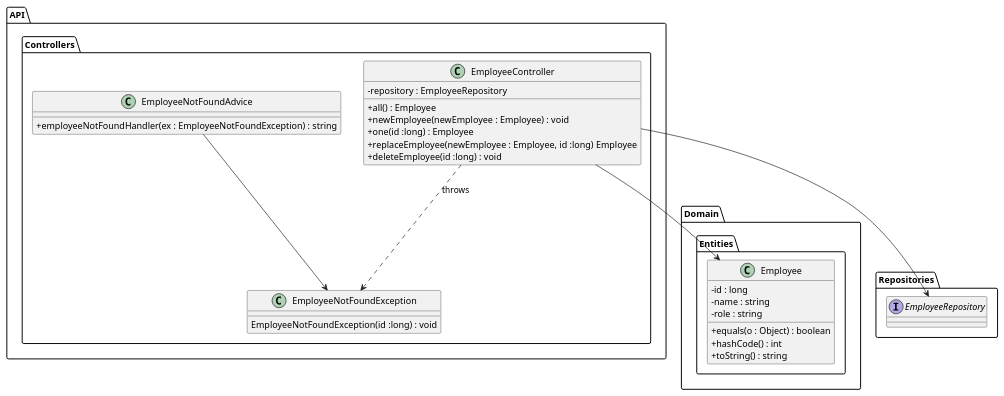
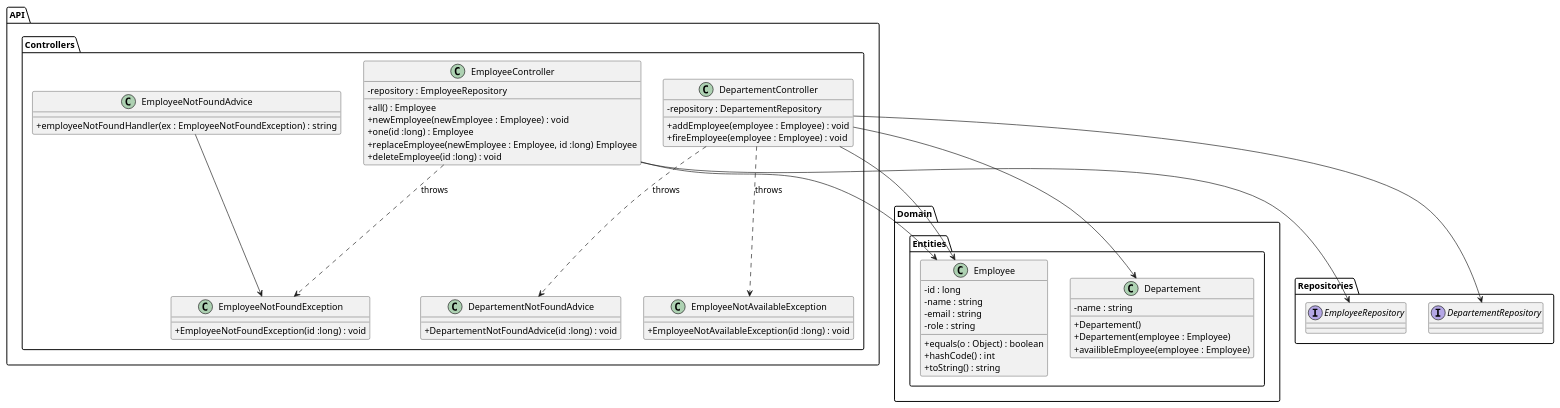
The diagram in docs/classDiagram.puml (T5uy0/Payroll-JulienSchneider), drawn with PlantUML before and after one commit. The commit also changed 1 other file, not shown here.

Commit message:
docs: add classDiagram and project vision

```diff
--- a/docs/classDiagram.puml
+++ b/docs/classDiagram.puml
@@ -1,55 +1,88 @@
 @startuml
 
 skinparam classAttributeIconSize 0
 
 'packages
 package "API"
 {
     package "Controllers"
     {
         class EmployeeController{
             - repository : EmployeeRepository 
-            {method} + all() : Employee
-            {method} + newEmployee(newEmployee : Employee) : void
-            {method} + one(id :long) : Employee
-            {method} + replaceEmployee(newEmployee : Employee, id :long) Employee
-            {method} + deleteEmployee(id :long) : void
+            + all() : Employee
+            + newEmployee(newEmployee : Employee) : void
+            + one(id :long) : Employee
+            + replaceEmployee(newEmployee : Employee, id :long) Employee
+            + deleteEmployee(id :long) : void
+        }
+
+        class DepartementController{
+            - repository : DepartementRepository 
+            + addEmployee(employee : Employee) : void
+            + fireEmployee(employee : Employee) : void
+        }
+
+        class DepartementNotFoundAdvice{
+            + DepartementNotFoundAdvice(id :long) : void
+        }
+
+        class EmployeeNotAvailableException{
+            + EmployeeNotAvailableException(id :long) : void
         }
 
         class EmployeeNotFoundAdvice{
-        {method} + employeeNotFoundHandler(ex : EmployeeNotFoundException) : string
+            + employeeNotFoundHandler(ex : EmployeeNotFoundException) : string
         }
 
         class EmployeeNotFoundException{
-            {method} EmployeeNotFoundException(id :long) : void
+            + EmployeeNotFoundException(id :long) : void
         }
     }
 }
 package "Domain"
 {
     package "Entities"
     {
         class Employee{
             - id : long
             - name : string
+            - email : string
             - role : string
 
-            {method} + equals(o : Object) : boolean
-            {method} + hashCode() : int
-            {method} + toString() : string
+            + equals(o : Object) : boolean
+            + hashCode() : int
+            + toString() : string
+        }
+
+        class Departement {
+            ' - id : long
+            - name : string
+            
+            + Departement()
+            + Departement(employee : Employee)
+            + availibleEmployee(employee : Employee)
         }
     }
 }
 
 package "Repositories"
 {
     interface EmployeeRepository{}
+    interface DepartementRepository{}
 }
 
 'relations
 EmployeeController --> Employee
 EmployeeController --> EmployeeRepository
 
 EmployeeController ..> EmployeeNotFoundException : throws
 EmployeeNotFoundAdvice --> EmployeeNotFoundException
+
+DepartementController --> Employee
+DepartementController --> Departement
+DepartementController --> DepartementRepository
+
+DepartementController ..> DepartementNotFoundAdvice : throws
+DepartementController ..> EmployeeNotAvailableException : throws
+
 @enduml
```
